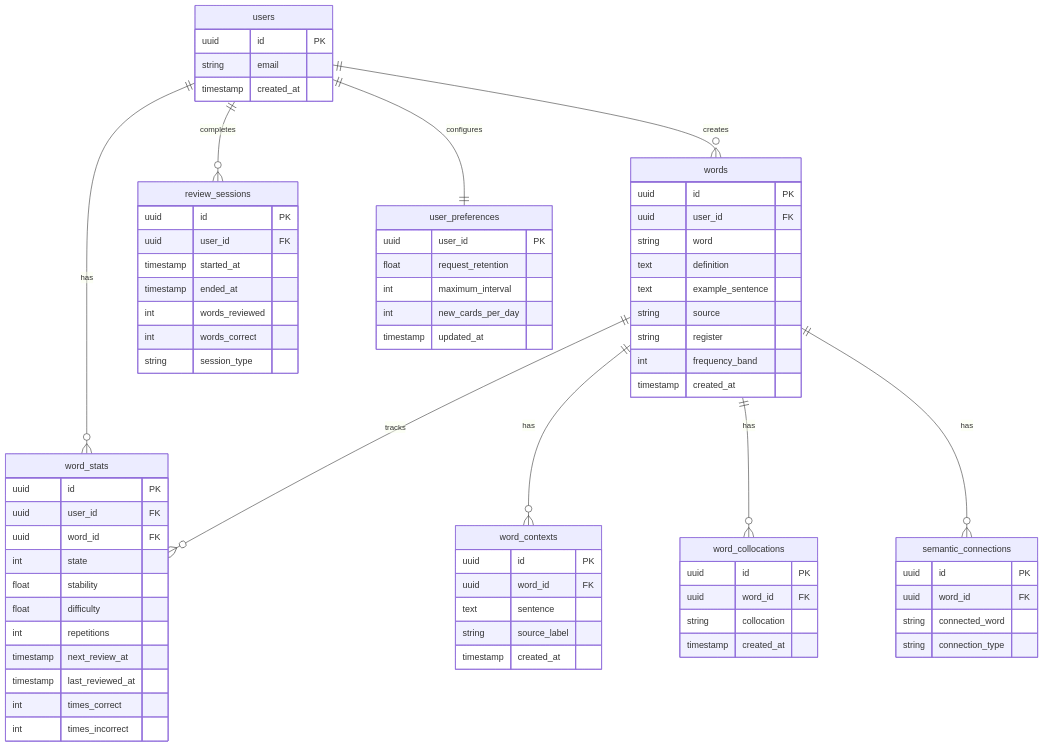
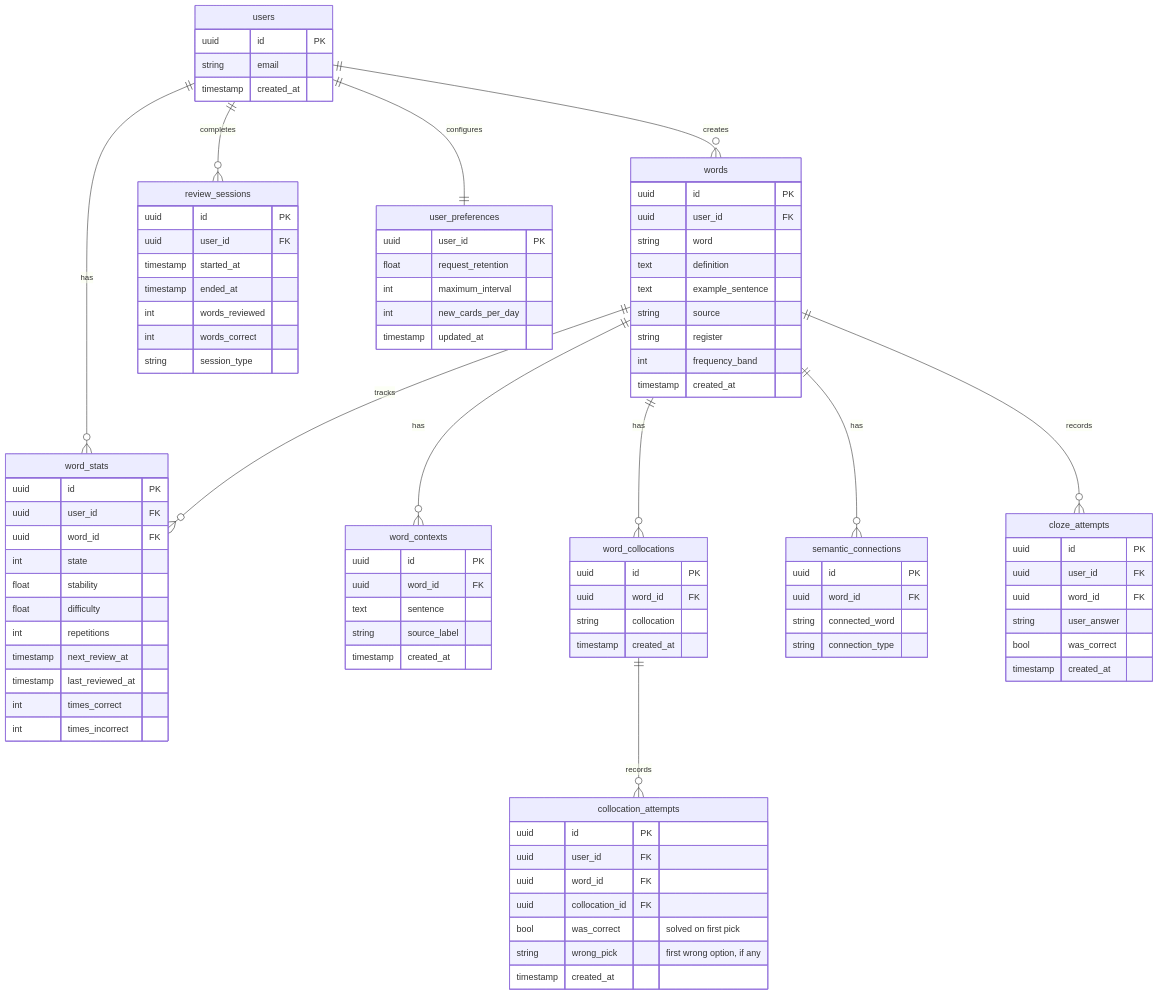
One commit to MirazZim/LexCore changed the fourth of 5 diagrams in README.md. Above: the diagram before and after it, drawn with Mermaid. The commit also changed other lines of this file and 4 other files, not shown here.

```diff
--- a/README.md
+++ b/README.md
@@ -235,6 +238,8 @@
     words ||--o{ word_contexts : has
     words ||--o{ word_collocations : has
     words ||--o{ semantic_connections : has
+    words ||--o{ cloze_attempts : records
+    word_collocations ||--o{ collocation_attempts : records
 
     users {
         uuid id PK
@@ -298,6 +303,25 @@
         string connection_type
     }
 
+    cloze_attempts {
+        uuid id PK
+        uuid user_id FK
+        uuid word_id FK
+        string user_answer
+        bool was_correct
+        timestamp created_at
+    }
+
+    collocation_attempts {
+        uuid id PK
+        uuid user_id FK
+        uuid word_id FK
+        uuid collocation_id FK
+        bool was_correct "solved on first pick"
+        string wrong_pick "first wrong option, if any"
+        timestamp created_at
+    }
+
     review_sessions {
         uuid id PK
         uuid user_id FK
```
